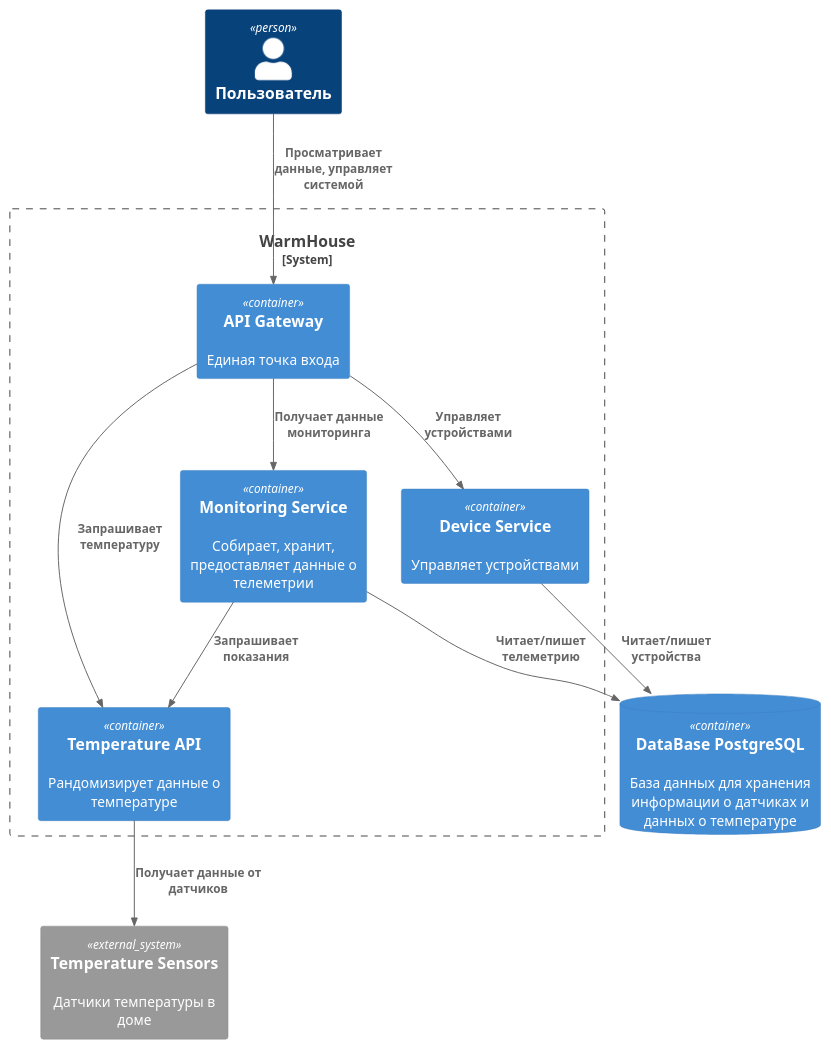
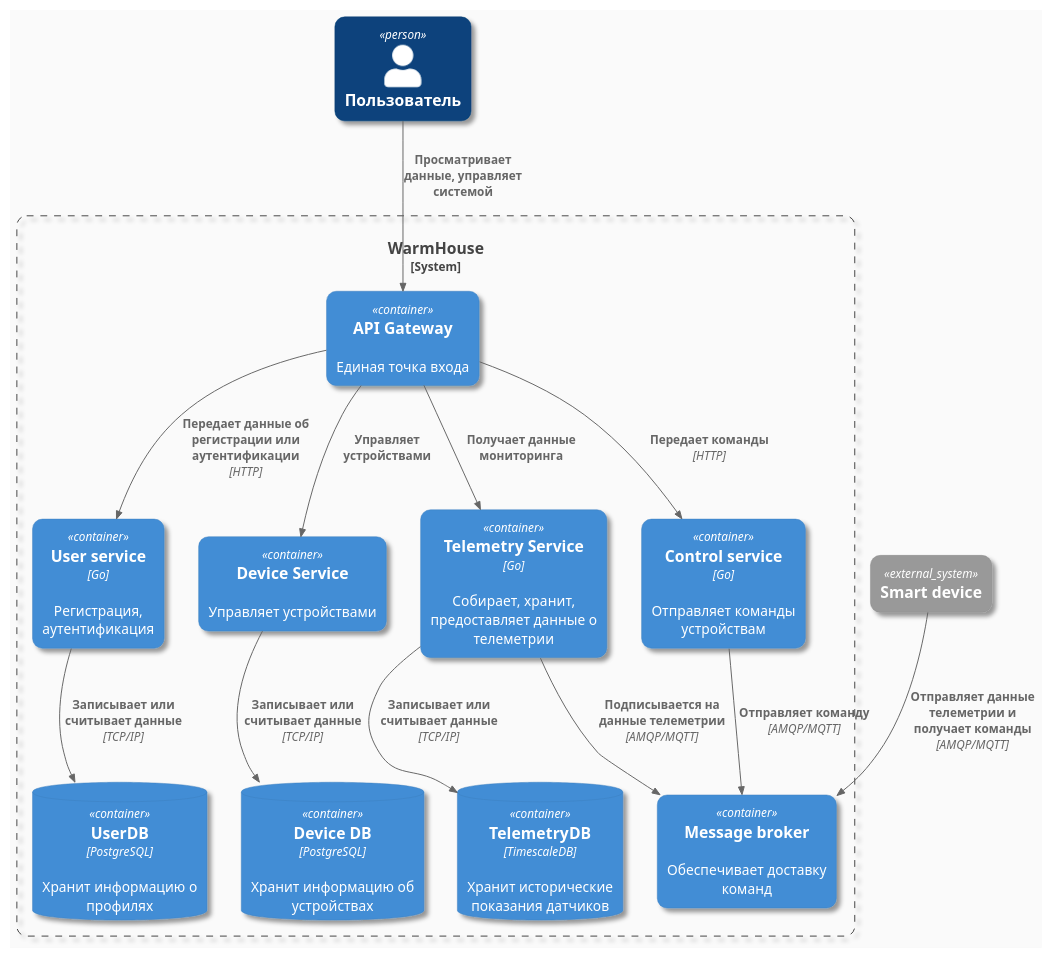
One commit to AlexanderMATI/architecture-pro-warmhouse changed the diagram in diagramm/warmhouse_containers.puml. Above: the diagram before and after it, drawn with PlantUML.

```diff
--- a/diagramm/warmhouse_containers.puml
+++ b/diagramm/warmhouse_containers.puml
@@ -1,27 +1,42 @@
 @startuml containers
 !include <C4/C4_Container>
+
+skinparam {
+    backgroundColor #FAFAFA
+    roundCorner 20
+    shadowing true
+    wrapWidth 200
+}
 
 Person(user, "Пользователь")
 
 System_Boundary(WarmHouse, "WarmHouse") {
     Container(apiGateway, "API Gateway", "", "Единая точка входа")
-    Container(temperatureApi, "Temperature API", "", "Рандомизирует данные о температуре")
-    Container(MonitoringService, "Monitoring Service", "", "Собирает, хранит, предоставляет данные о телеметрии")
+    Container(user_service, "User service", "Go", "Регистрация, аутентификация")
+    ContainerDb(user_db, "UserDB", "PostgreSQL", "Хранит информацию о профилях")
+    Container(telemetry_service, "Telemetry Service", "Go", "Собирает, хранит, предоставляет данные о телеметрии")
+    ContainerDb(telemetry_db, "TelemetryDB", "TimescaleDB", "Хранит исторические показания датчиков")
     Container(deviceService, "Device Service", "", "Управляет устройствами")
+    ContainerDb(device_db, "Device DB", "PostgreSQL", "Хранит информацию об устройствах")
+    Container(control_service, "Control service", "Go", "Отправляет команды устройствам")
+    Container(message_broker, "Message broker", "", "Обеспечивает доставку команд")
 }
 
-ContainerDb(database, "DataBase PostgreSQL", "", "База данных для хранения информации о датчиках и данных о температуре")
-System_Ext(Sensors, "Temperature Sensors", "Датчики температуры в доме")
+System_Ext(smart_device, "Smart device")
 
-Rel(user, apiGateway, "Просматривает данные, управляет системой",)
-Rel(apiGateway, MonitoringService, "Получает данные мониторинга")
+Rel(user, apiGateway, "Просматривает данные, управляет системой")
+
+Rel(apiGateway, user_service, "Передает данные об регистрации или аутентификации", "HTTP")
+Rel(apiGateway, telemetry_service, "Получает данные мониторинга")
 Rel(apiGateway, deviceService, "Управляет устройствами")
-Rel(apiGateway, temperatureApi, "Запрашивает температуру")
-Rel(temperatureApi, Sensors, "Получает данные от датчиков")
-Rel(deviceService, database, "Читает/пишет устройства")
-Rel(MonitoringService, database, "Читает/пишет телеметрию")
-Rel(MonitoringService, temperatureApi, "Запрашивает показания")
+Rel(apiGateway, control_service, "Передает команды", "HTTP")
+Rel(user_service, user_db, "Записывает или считывает данные", "TCP/IP")
+Rel(deviceService, device_db, "Записывает или считывает данные", "TCP/IP")
+Rel(telemetry_service, telemetry_db, "Записывает или считывает данные", "TCP/IP")
 
+Rel(control_service, message_broker, "Отправляет команду", "AMQP/MQTT")
+Rel(telemetry_service, message_broker, "Подписывается на данные телеметрии", "AMQP/MQTT")
 
+Rel(smart_device, message_broker, "Отправляет данные телеметрии и получает команды", "AMQP/MQTT")
 
 @enduml
```
